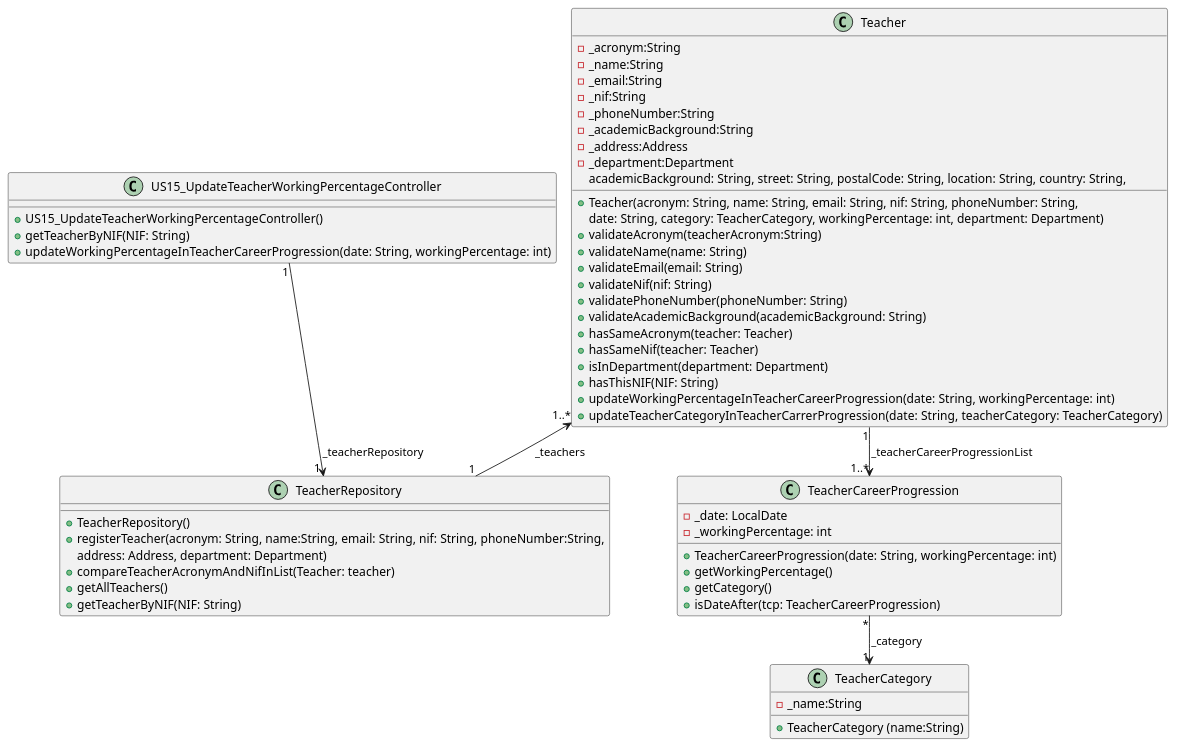
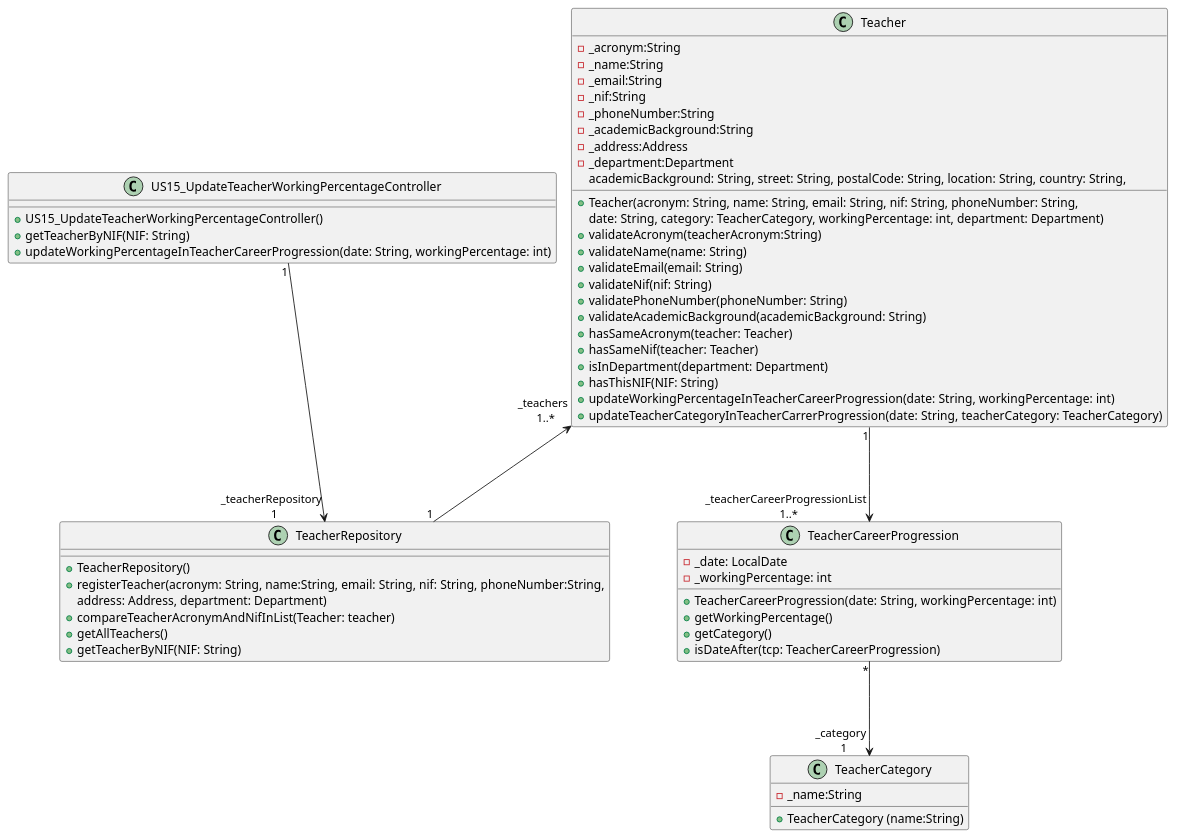
Before and after one commit to GasparISEP/DevOps-PAI: the diagram in docs/US15/US15_ClassDiagram.puml, drawn with PlantUML.

Commit message:
Improved US15_ClassDiagram

```diff
--- a/docs/US15/US15_ClassDiagram.puml
+++ b/docs/US15/US15_ClassDiagram.puml
@@ -1,66 +1,66 @@
 @startuml
 
 !pragma layout smetana
 'left to right direction
 
 class US15_UpdateTeacherWorkingPercentageController {
     +US15_UpdateTeacherWorkingPercentageController()
     +getTeacherByNIF(NIF: String)
     +updateWorkingPercentageInTeacherCareerProgression(date: String, workingPercentage: int)
 }
 
 class Teacher {
      -_acronym:String
      -_name:String
      -_email:String
      -_nif:String
      -_phoneNumber:String
      -_academicBackground:String
      -_address:Address
      -_department:Department
      +Teacher(acronym: String, name: String, email: String, nif: String, phoneNumber: String,
      academicBackground: String, street: String, postalCode: String, location: String, country: String,
      date: String, category: TeacherCategory, workingPercentage: int, department: Department)
      +validateAcronym(teacherAcronym:String)
      +validateName(name: String)
      +validateEmail(email: String)
      +validateNif(nif: String)
      +validatePhoneNumber(phoneNumber: String)
      +validateAcademicBackground(academicBackground: String)
      +hasSameAcronym(teacher: Teacher)
      +hasSameNif(teacher: Teacher)
      +isInDepartment(department: Department)
      +hasThisNIF(NIF: String)
      +updateWorkingPercentageInTeacherCareerProgression(date: String, workingPercentage: int)
      +updateTeacherCategoryInTeacherCarrerProgression(date: String, teacherCategory: TeacherCategory)
 }
 
 class TeacherCareerProgression {
     -_date: LocalDate
     -_workingPercentage: int
     +TeacherCareerProgression(date: String, workingPercentage: int)
     +getWorkingPercentage()
     +getCategory()
     +isDateAfter(tcp: TeacherCareerProgression)
 }
 
 class TeacherRepository {
     +TeacherRepository()
     +registerTeacher(acronym: String, name:String, email: String, nif: String, phoneNumber:String,
                           address: Address, department: Department)
     +compareTeacherAcronymAndNifInList(Teacher: teacher)
     +getAllTeachers()
     +getTeacherByNIF(NIF: String)
 }
 
 class TeacherCategory {
     -_name:String
     + TeacherCategory (name:String)
 }
 
-US15_UpdateTeacherWorkingPercentageController "1" --> "1 " TeacherRepository: _teacherRepository
-Teacher "1..*" <-- "1" TeacherRepository: _teachers
-Teacher "1" --> "1..*" TeacherCareerProgression: _teacherCareerProgressionList
-TeacherCareerProgression "*" --> "1" TeacherCategory: _category
+US15_UpdateTeacherWorkingPercentageController "1" ----> "_teacherRepository \n 1" TeacherRepository
+Teacher "_teachers \n 1..*" <---- "1" TeacherRepository
+Teacher "1" ----> "_teacherCareerProgressionList \n 1..*" TeacherCareerProgression
+TeacherCareerProgression "*" ----> "_category \n 1" TeacherCategory
 
 @enduml
```
